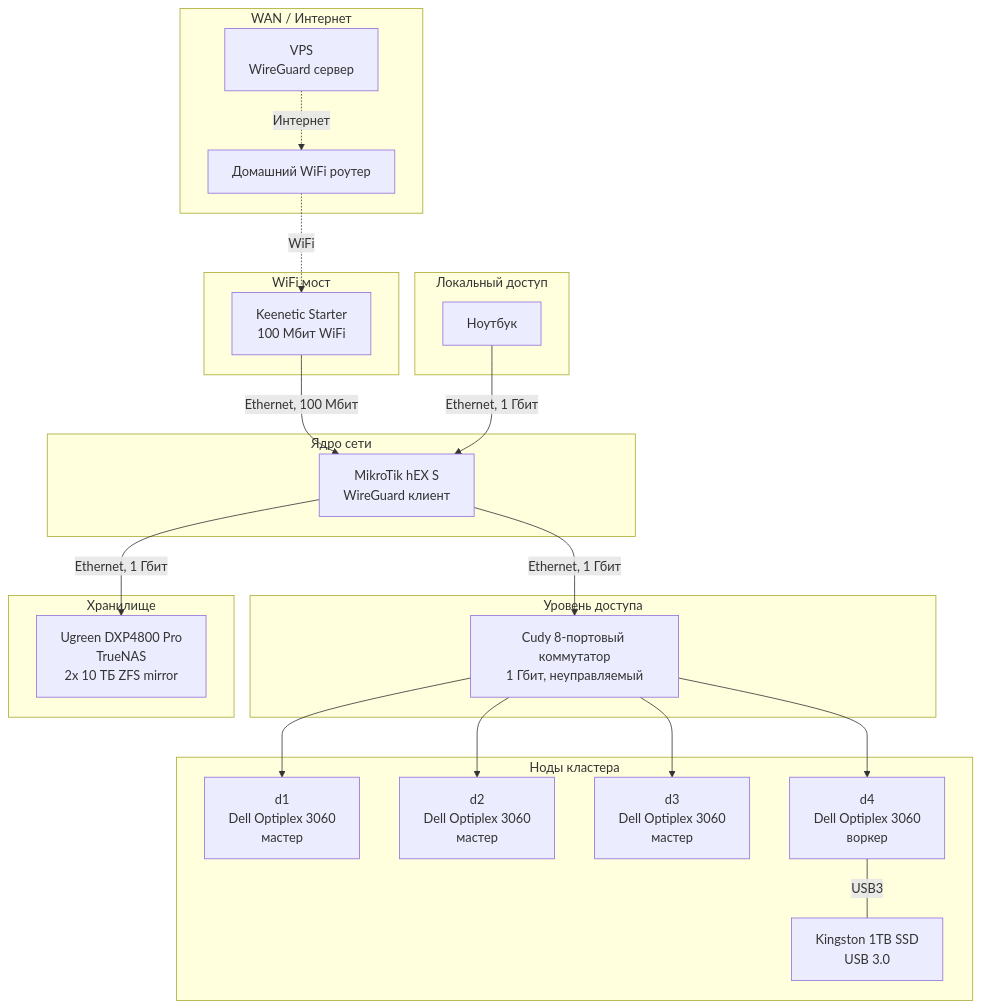
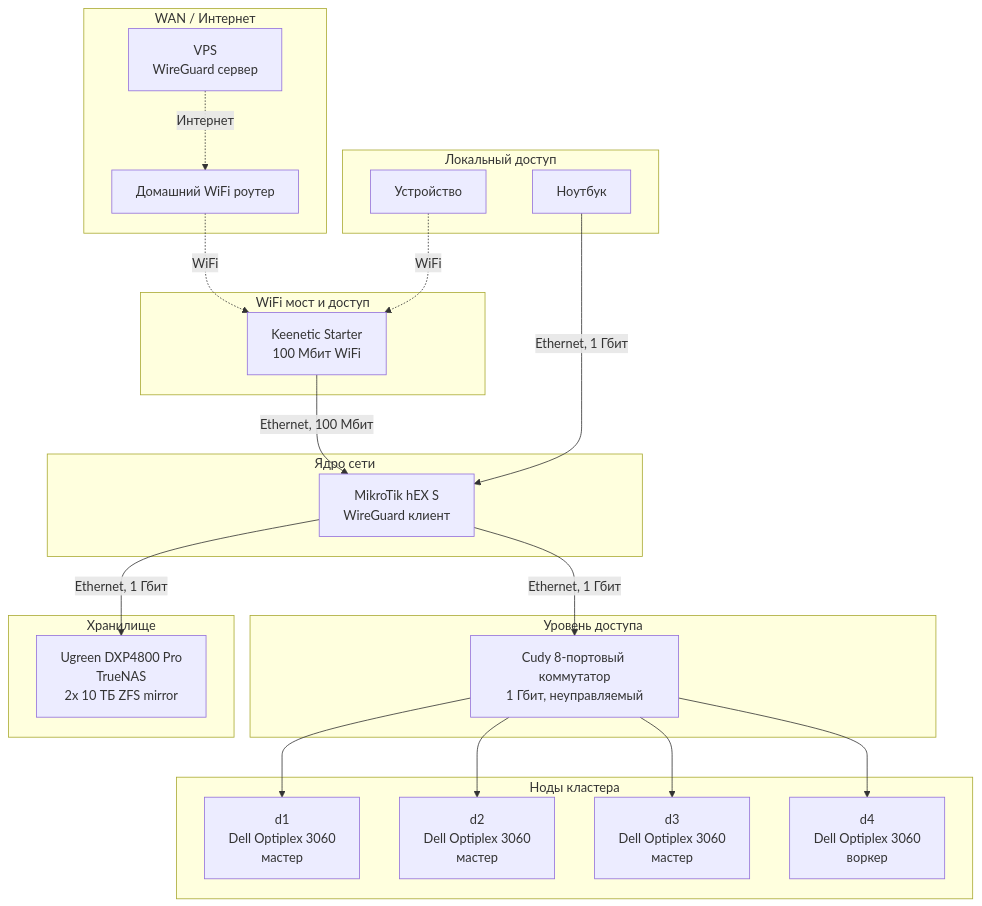
Before and after one commit to PearlFoe/homelab: the first of 2 diagrams in docs/ru/v1/network.md, drawn with Mermaid. The commit also changed other lines of this file and 9 other files, not shown here.

````diff
--- a/docs/ru/v1/network.md
+++ b/docs/ru/v1/network.md
@@ -5,41 +5,41 @@
 ```mermaid
 graph TD
     subgraph wan ["WAN / Интернет"]
         HomeRouter["Домашний WiFi роутер"]
         VPS["VPS\nWireGuard сервер"]
     end
-    subgraph bridge ["WiFi мост"]
+    subgraph bridge ["WiFi мост и доступ"]
         Keenetic["Keenetic Starter\n100 Мбит WiFi"]
     end
     subgraph local ["Локальный доступ"]
         Laptop["Ноутбук"]
+        Device["Устройство"]
     end
     subgraph core ["Ядро сети"]
         MikroTik["MikroTik hEX S\nWireGuard клиент"]
     end
     subgraph access ["Уровень доступа"]
         Switch["Cudy 8-портовый коммутатор\n1 Гбит, неуправляемый"]
     end
     subgraph storage ["Хранилище"]
         NAS["Ugreen DXP4800 Pro\nTrueNAS\n2x 10 ТБ ZFS mirror"]
     end
     subgraph nodes ["Ноды кластера"]
         D1["d1\nDell Optiplex 3060\nмастер"]
         D2["d2\nDell Optiplex 3060\nмастер"]
         D3["d3\nDell Optiplex 3060\nмастер"]
         D4["d4\nDell Optiplex 3060\nворкер"]
-        ExtSSD["Kingston 1TB SSD\nUSB 3.0"]
     end
 
     VPS -.->|Интернет| HomeRouter
     HomeRouter -.->|WiFi| Keenetic
     Keenetic -->|"Ethernet, 100 Мбит"| MikroTik
+    Device -.->|WiFi| Keenetic
     Laptop -->|"Ethernet, 1 Гбит"| MikroTik
     MikroTik -->|"Ethernet, 1 Гбит"| Switch
     MikroTik -->|"Ethernet, 1 Гбит"| NAS
     Switch --> D1
     Switch --> D2
     Switch --> D3
     Switch --> D4
-    D4 ---|USB3| ExtSSD
 ```
````
